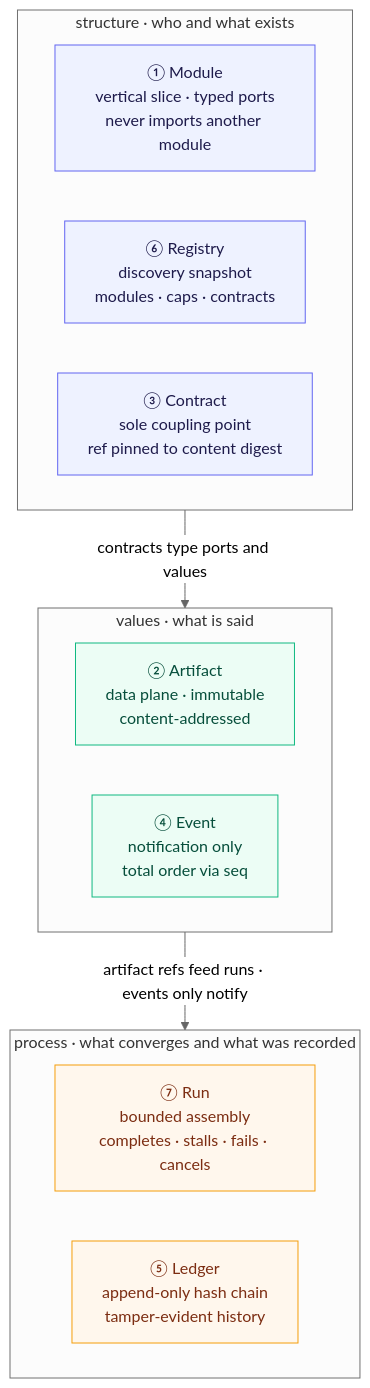
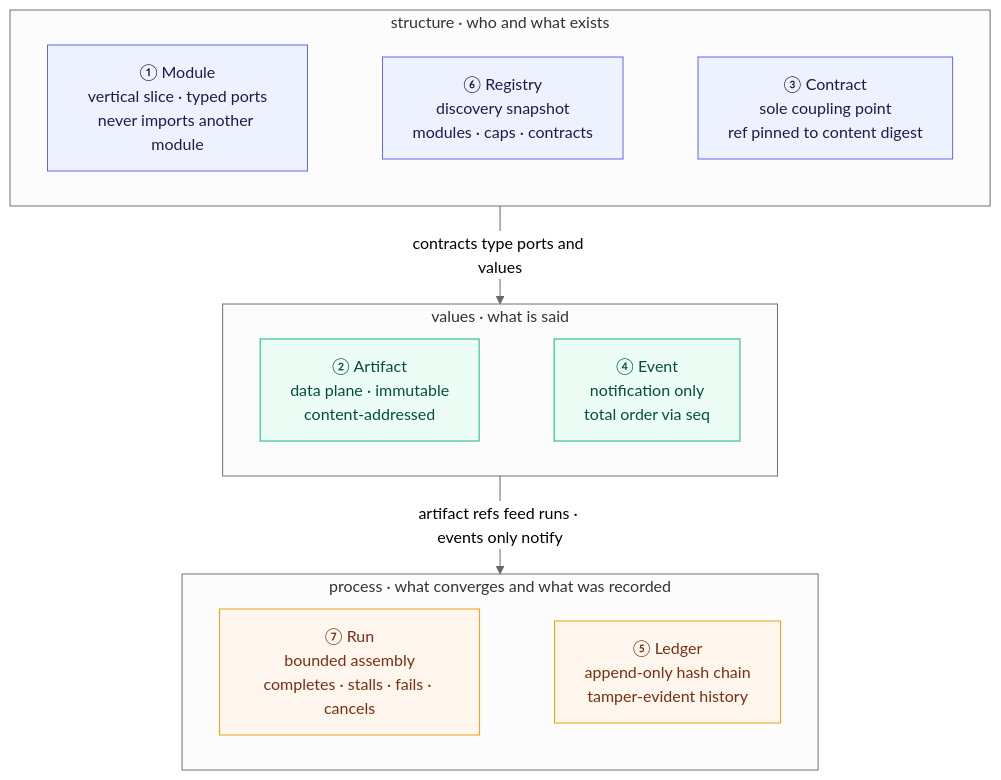
The second of 8 diagrams in README.md (philcantcode/srcport-substrate), drawn with Mermaid (neutral theme) before and after one commit. The commit also changed other lines of this file, not shown here.

First line of the commit message:
docs(readme): clarify architecture diagrams and run sequence

````diff
--- a/README.md
+++ b/README.md
@@ -122,31 +110,27 @@
 ```mermaid
 flowchart TB
     subgraph Band1["structure · who and what exists"]
         direction LR
-        P1["① Module<br/>vertical slice · typed ports<br/>never imports another module"]
-        P6["⑥ Registry<br/>discovery snapshot<br/>modules · caps · contracts"]
-        P3["③ Contract<br/>sole coupling point<br/>ref pinned to content digest"]
+        P1["① Module<br/>vertical slice · typed ports<br/>never imports another module"] ~~~ P6["⑥ Registry<br/>discovery snapshot<br/>modules · caps · contracts"] ~~~ P3["③ Contract<br/>sole coupling point<br/>ref pinned to content digest"]
     end
 
     subgraph Band2["values · what is said"]
         direction LR
-        P2["② Artifact<br/>data plane · immutable<br/>content-addressed"]
-        P4["④ Event<br/>notification only<br/>total order via seq"]
+        P2["② Artifact<br/>data plane · immutable<br/>content-addressed"] ~~~ P4["④ Event<br/>notification only<br/>total order via seq"]
     end
 
     subgraph Band3["process · what converges and what was recorded"]
         direction LR
-        P7["⑦ Run<br/>bounded assembly<br/>completes · stalls · fails · cancels"]
-        P5["⑤ Ledger<br/>append-only hash chain<br/>tamper-evident history"]
+        P7["⑦ Run<br/>bounded assembly<br/>completes · stalls · fails · cancels"] ~~~ P5["⑤ Ledger<br/>append-only hash chain<br/>tamper-evident history"]
     end
 
     Band1 -->|"contracts type ports and values"| Band2
     Band2 -->|"artifact refs feed runs · events only notify"| Band3
 
     classDef s fill:#eef2ff,stroke:#6366f1,color:#1e1b4b;
     classDef v fill:#ecfdf5,stroke:#10b981,color:#064e3b;
     classDef p fill:#fff7ed,stroke:#f59e0b,color:#7c2d12;
     class P1,P6,P3 s;
     class P2,P4 v;
     class P7,P5 p;
 ```
````
